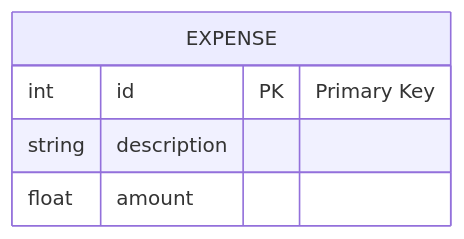
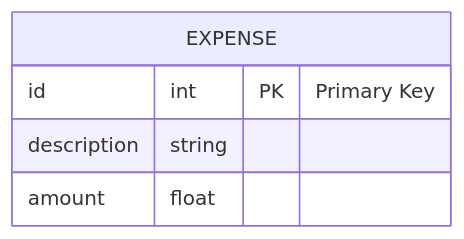
The diagram in docs/database.md (u-ataei/expense-api), drawn with Mermaid before and after one commit.

Commit message:
update diagram

````diff
--- a/docs/database.md
+++ b/docs/database.md
@@ -3,8 +3,8 @@
 ```mermaid
 erDiagram
     EXPENSE {
-        int id PK "Primary Key"
-        string description
-        float amount
+        id int PK "Primary Key"
+        description string
+        amount float
     }
 ```
````
